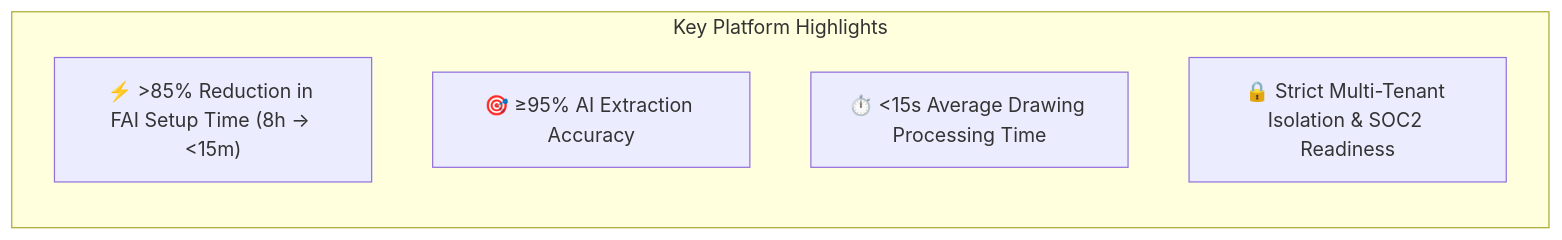
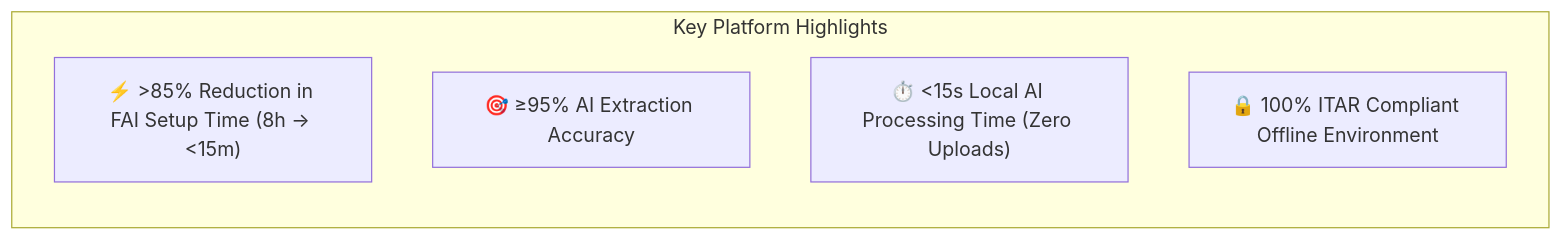
The second of 3 diagrams in README.md (LoonistApp/Loonist), drawn with Mermaid before and after one commit. The commit also changed other lines of this file, not shown here.

Commit message:
docs: update README for LOONIST Desktop architecture

````diff
--- a/README.md
+++ b/README.md
@@ -80,9 +80,9 @@
 ```mermaid
 flowchart LR
     subgraph Highlights ["Key Platform Highlights"]
         Time["⚡ >85% Reduction in FAI Setup Time (8h -> <15m)"]
         Acc["🎯 ≥95% AI Extraction Accuracy"]
-        Proc["⏱️ <15s Average Drawing Processing Time"]
-        Sec["🔒 Strict Multi-Tenant Isolation & SOC2 Readiness"]
+        Proc["⏱️ <15s Local AI Processing Time (Zero Uploads)"]
+        Sec["🔒 100% ITAR Compliant Offline Environment"]
     end
 ```
````
